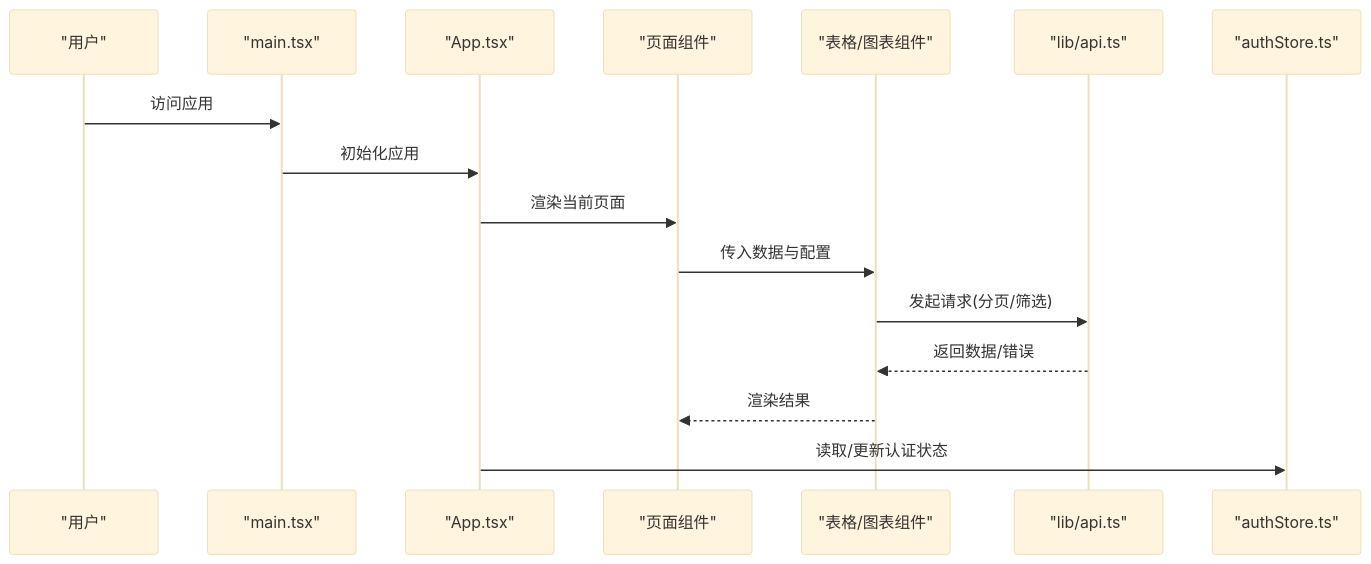
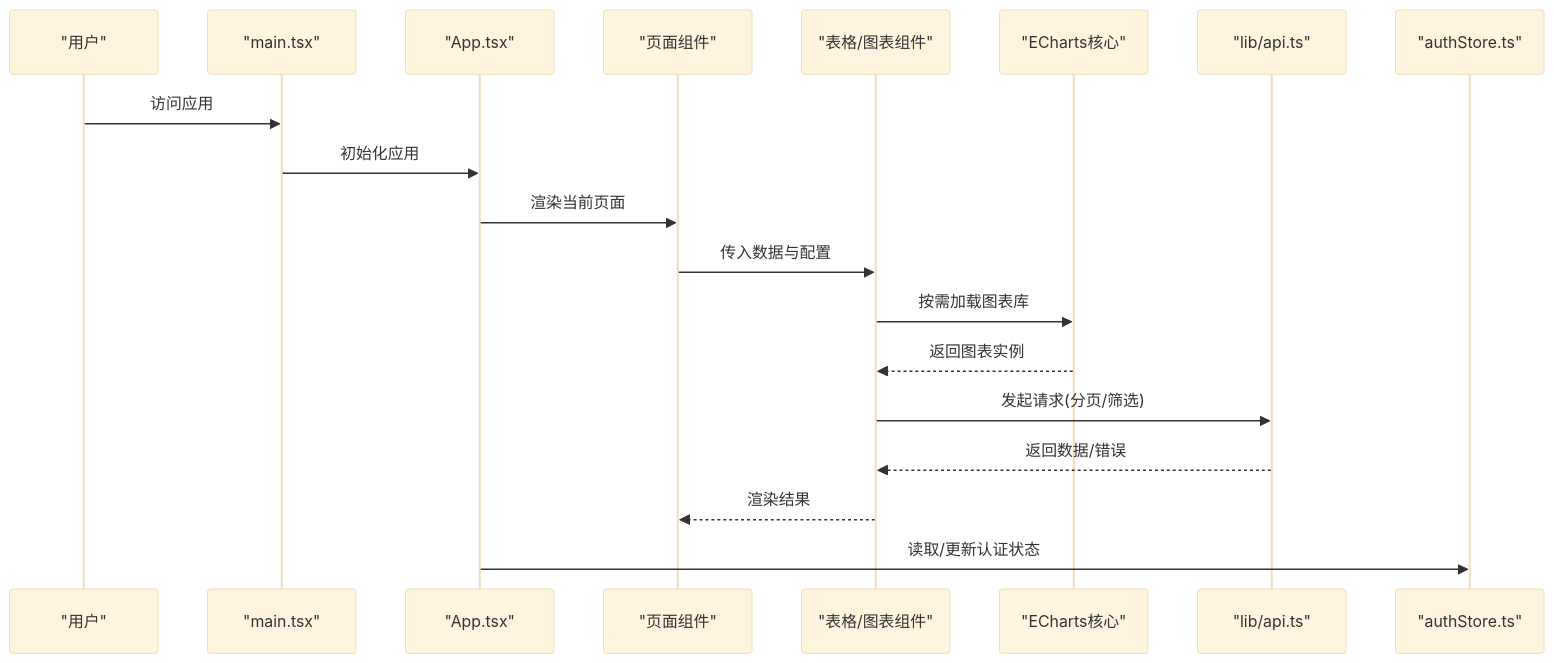
One commit to Damao997/newproject changed the second of 8 diagrams in .qoder/repowiki/zh/content/性能优化/性能优化.md. Above: the diagram before and after it, drawn with Mermaid (base theme). The commit also changed other lines of this file and 26 other files, not shown here.

````diff
--- a/.qoder/repowiki/zh/content/性能优化/性能优化.md
+++ b/.qoder/repowiki/zh/content/性能优化/性能优化.md
@@ -100,18 +114,21 @@
 ```mermaid
 sequenceDiagram
 participant U as "用户"
 participant M as "main.tsx"
 participant A as "App.tsx"
 participant P as "页面组件"
 participant T as "表格/图表组件"
+participant EC as "ECharts核心"
 participant API as "lib/api.ts"
 participant S as "authStore.ts"
 U->>M : 访问应用
 M->>A : 初始化应用
 A->>P : 渲染当前页面
 P->>T : 传入数据与配置
+T->>EC : 按需加载图表库
+EC-->>T : 返回图表实例
 T->>API : 发起请求(分页/筛选)
 API-->>T : 返回数据/错误
 T-->>P : 渲染结果
 A->>S : 读取/更新认证状态
 ```
````
